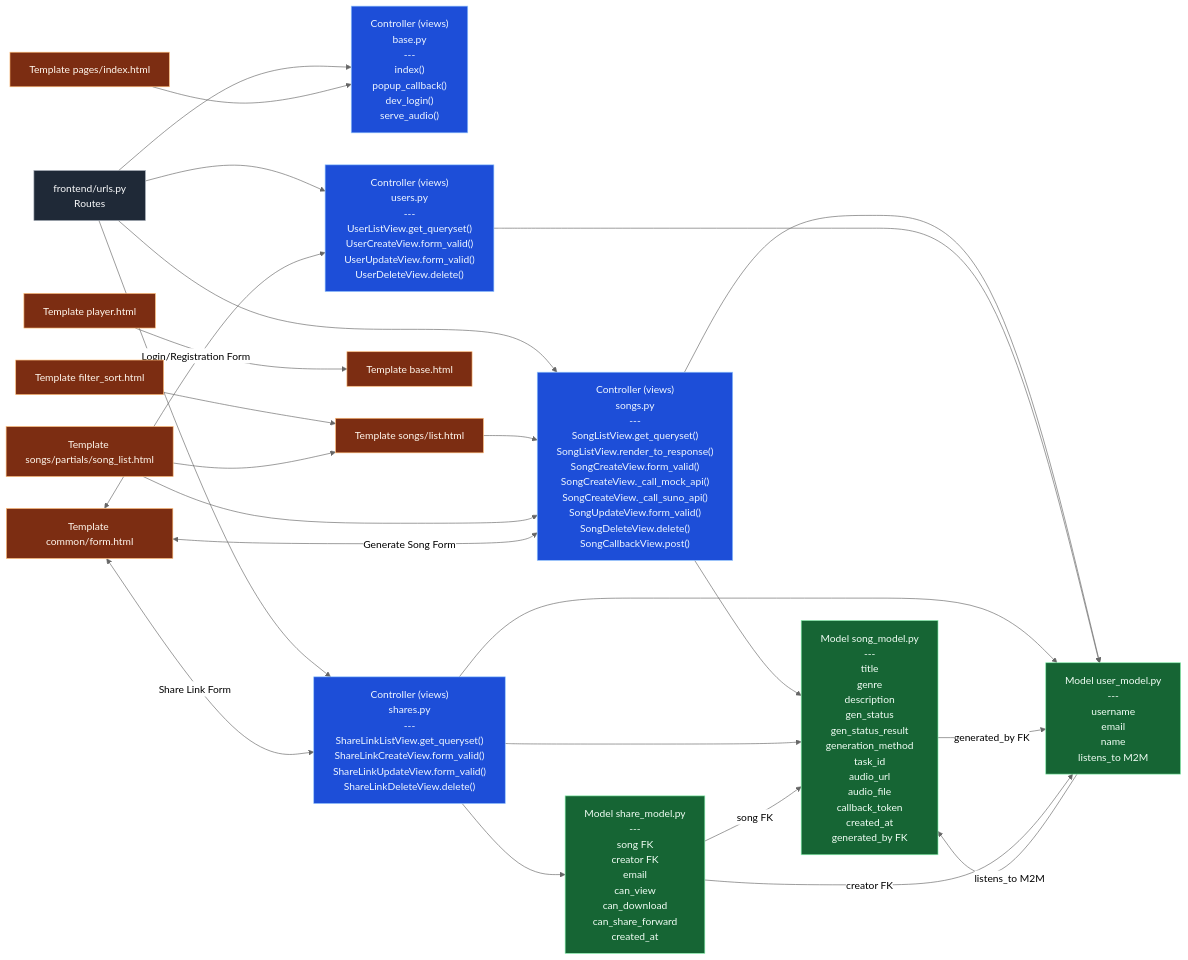
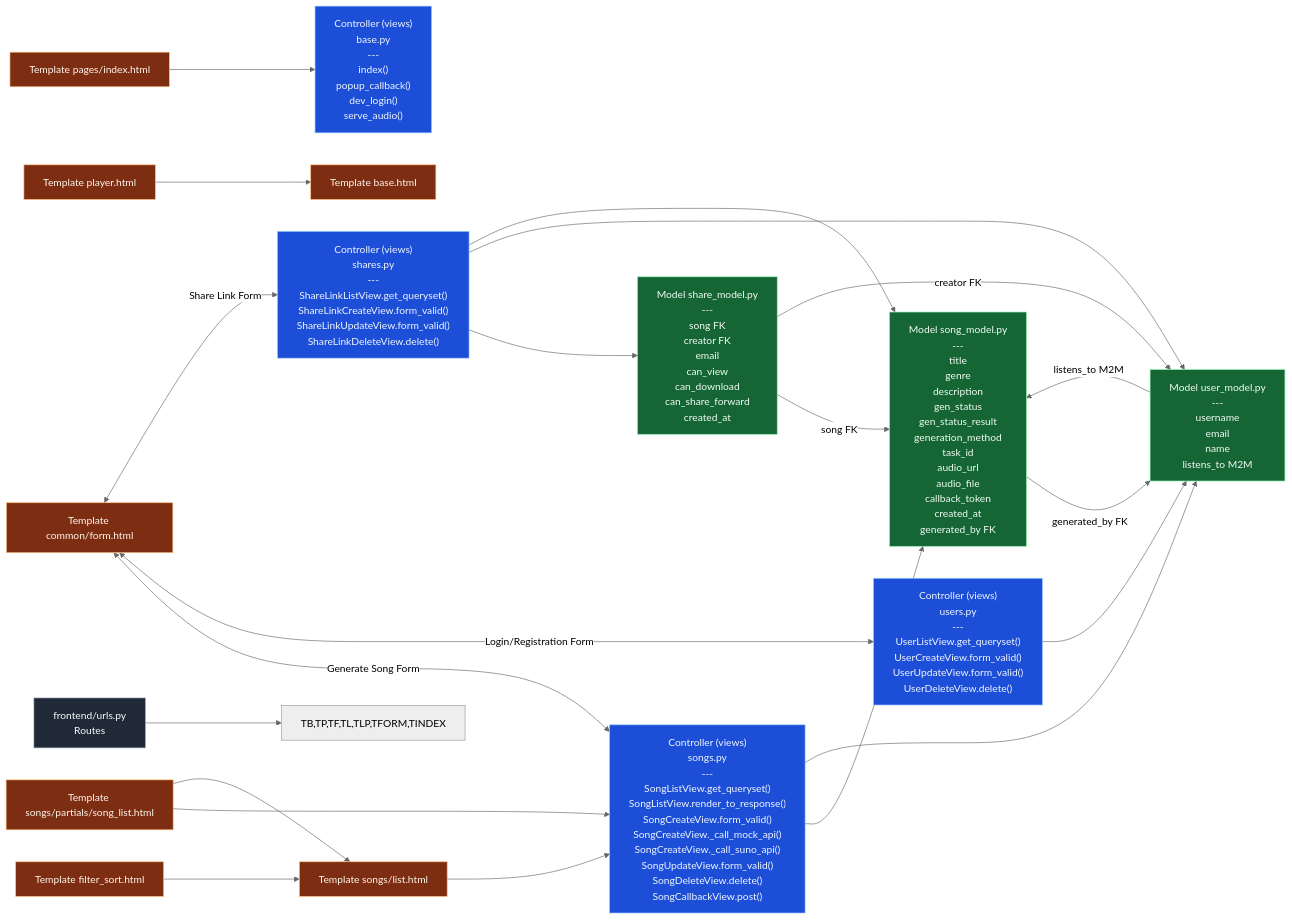
One commit to taamtera/musicprojectdjango changed the diagram in README.md. Above: the diagram before and after it, drawn with Mermaid (neutral theme).

````diff
--- a/README.md
+++ b/README.md
@@ -76,69 +76,66 @@
 ```mermaid
 flowchart LR
    %% Route Layer
    U["frontend/urls.py<br/>Routes"]
 
    %% View/Controller Layer
    VB["Controller (views)<br/>base.py<br/>---<br/>index()<br/>popup_callback()<br/>dev_login()<br/>serve_audio()"]
    VS["Controller (views)<br/>songs.py<br/>---<br/>SongListView.get_queryset()<br/>SongListView.render_to_response()<br/>SongCreateView.form_valid()<br/>SongCreateView._call_mock_api()<br/>SongCreateView._call_suno_api()<br/>SongUpdateView.form_valid()<br/>SongDeleteView.delete()<br/>SongCallbackView.post()"]
    VU["Controller (views)<br/>users.py<br/>---<br/>UserListView.get_queryset()<br/>UserCreateView.form_valid()<br/>UserUpdateView.form_valid()<br/>UserDeleteView.delete()"]
    VSH["Controller (views)<br/>shares.py<br/>---<br/>ShareLinkListView.get_queryset()<br/>ShareLinkCreateView.form_valid()<br/>ShareLinkUpdateView.form_valid()<br/>ShareLinkDeleteView.delete()"]
 
    %% Model Layer
    MU["Model user_model.py<br/>---<br/>username<br/>email<br/>name<br/>listens_to M2M"]
    MS["Model song_model.py<br/>---<br/>title<br/>genre<br/>description<br/>gen_status<br/>gen_status_result<br/>generation_method<br/>task_id<br/>audio_url<br/>audio_file<br/>callback_token<br/>created_at<br/>generated_by FK"]
    MSL["Model share_model.py<br/>---<br/>song FK<br/>creator FK<br/>email<br/>can_view<br/>can_download<br/>can_share_forward<br/>created_at"]
 
    %% Template Layer
    TB["Template base.html"]
    TP["Template player.html"]
    TF["Template filter_sort.html"]
    TL["Template songs/list.html"]
    TLP["Template songs/partials/song_list.html"]
    TFORM["Template common/form.html"]
    TINDEX["Template pages/index.html"]
 
    %% Route to templates
-   U --> VB
-   U --> VS
-   U --> VU
-   U --> VSH
+   U --> TB,TP,TF,TL,TLP,TFORM,TINDEX
 
    %% View to models
    VS --> MS
    VS --> MU
    VU --> MU
    VSH --> MSL
    VSH --> MU
    VSH --> MS
 
    %% Model relations
    MU -->|listens_to M2M| MS
    MS -->|generated_by FK| MU
    MSL -->|song FK| MS
    MSL -->|creator FK| MU
 
    %% Template to views
    TINDEX --> VB 
    TL --> VS 
    TLP --> VS 
    TFORM <--> |Generate Song Form| VS 
    TFORM <--> |Login/Registration Form| VU 
    TFORM <--> |Share Link Form| VSH 
 
    %% Template composition
    TF --> TL
    TLP --> TL
    TP --> TB
 
    %% Color coding: M / V / T (+ routes)
    classDef route fill:#1f2937,stroke:#9ca3af,color:#f9fafb,stroke-width:1px;
    classDef view fill:#1d4ed8,stroke:#93c5fd,color:#eff6ff,stroke-width:1px;
    classDef model fill:#166534,stroke:#86efac,color:#f0fdf4,stroke-width:1px;
    classDef template fill:#7c2d12,stroke:#fdba74,color:#fff7ed,stroke-width:1px;
 
    class U route;
    class VB,VS,VU,VSH view;
    class MU,MS,MSL model;
    class TB,TP,TF,TL,TLP,TFORM,TINDEX template;
 ```
````
